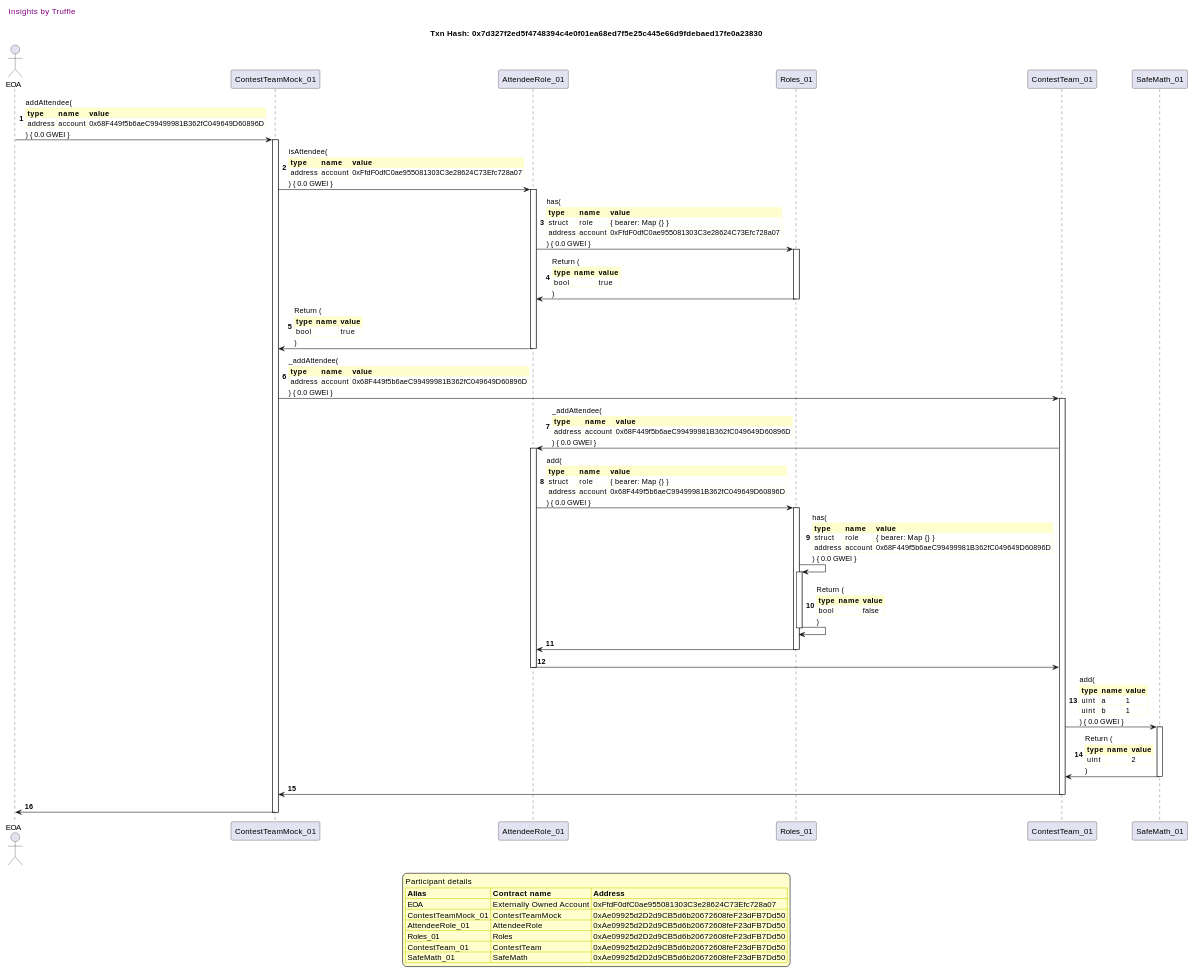
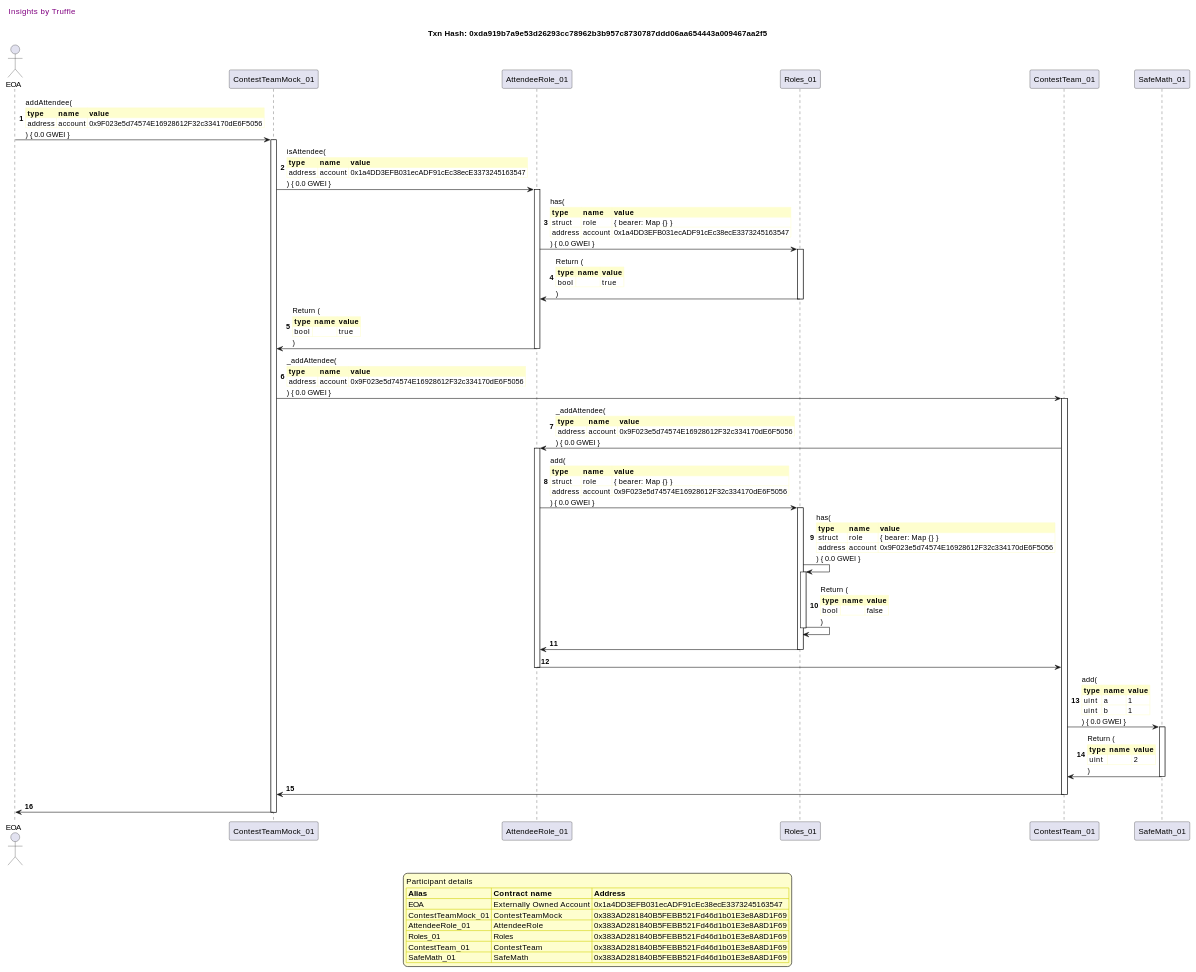
Before and after one commit to fodisi/hackapay: diagram 12 of 50 in truffle-seq/core_contestteam.md, drawn with PlantUML. The commit also changed other lines of this file and 10 other files, not shown here.

```diff
--- a/truffle-seq/core_contestteam.md
+++ b/truffle-seq/core_contestteam.md
@@ -1032,7 +1027,7 @@
 
 header Insights by Truffle
 
-title Txn Hash: 0x7d327f2ed5f4748394c4e0f01ea68ed7f5e25c445e66d9fdebaed17fe0a23830
+title Txn Hash: 0xda919b7a9e53d26293cc78962b3b957c8730787ddd06aa654443a009467aa2f5
 
 
 actor EOA as "EOA"
@@ -1044,16 +1039,16 @@
 
 "EOA" -> "ContestTeamMock_01" ++: addAttendee(\n\
 <#FEFECE,#FEFECE>|= type |= name |= value |\n\
-| address | account | 0x68F449f5b6aeC99499981B362fC049649D60896D |\n\
+| address | account | 0x9F023e5d74574E16928612F32c334170dE6F5056 |\n\
 ) { 0.0 GWEI }
 "ContestTeamMock_01" -> "AttendeeRole_01" ++: isAttendee(\n\
 <#FEFECE,#FEFECE>|= type |= name |= value |\n\
-| address | account | 0xFfdF0dfC0ae955081303C3e28624C73Efc728a07 |\n\
+| address | account | 0x1a4DD3EFB031ecADF91cEc38ecE3373245163547 |\n\
 ) { 0.0 GWEI }
 "AttendeeRole_01" -> "Roles_01" ++: has(\n\
 <#FEFECE,#FEFECE>|= type |= name |= value |\n\
 | struct | role | { bearer: Map {} } |\n\
-| address | account | 0xFfdF0dfC0ae955081303C3e28624C73Efc728a07 |\n\
+| address | account | 0x1a4DD3EFB031ecADF91cEc38ecE3373245163547 |\n\
 ) { 0.0 GWEI }
 "Roles_01" -> "AttendeeRole_01" --: Return (\n\
 <#FEFECE,#FEFECE>|= type |= name |= value |\n\
@@ -1065,21 +1060,21 @@
 )
 "ContestTeamMock_01" -> "ContestTeam_01" ++: _addAttendee(\n\
 <#FEFECE,#FEFECE>|= type |= name |= value |\n\
-| address | account | 0x68F449f5b6aeC99499981B362fC049649D60896D |\n\
+| address | account | 0x9F023e5d74574E16928612F32c334170dE6F5056 |\n\
 ) { 0.0 GWEI }
 "ContestTeam_01" -> "AttendeeRole_01" ++: _addAttendee(\n\
 <#FEFECE,#FEFECE>|= type |= name |= value |\n\
-| address | account | 0x68F449f5b6aeC99499981B362fC049649D60896D |\n\
+| address | account | 0x9F023e5d74574E16928612F32c334170dE6F5056 |\n\
 ) { 0.0 GWEI }
 "AttendeeRole_01" -> "Roles_01" ++: add(\n\
 <#FEFECE,#FEFECE>|= type |= name |= value |\n\
 | struct | role | { bearer: Map {} } |\n\
-| address | account | 0x68F449f5b6aeC99499981B362fC049649D60896D |\n\
+| address | account | 0x9F023e5d74574E16928612F32c334170dE6F5056 |\n\
 ) { 0.0 GWEI }
 "Roles_01" -> "Roles_01" ++: has(\n\
 <#FEFECE,#FEFECE>|= type |= name |= value |\n\
 | struct | role | { bearer: Map {} } |\n\
-| address | account | 0x68F449f5b6aeC99499981B362fC049649D60896D |\n\
+| address | account | 0x9F023e5d74574E16928612F32c334170dE6F5056 |\n\
 ) { 0.0 GWEI }
 "Roles_01" -> "Roles_01" --: Return (\n\
 <#FEFECE,#FEFECE>|= type |= name |= value |\n\
@@ -1102,12 +1097,12 @@
 legend
 Participant details
 <#FEFECE,#D0D000>|= Alias |= Contract name |= Address |
-<#FEFECE>| EOA | Externally Owned Account | 0xFfdF0dfC0ae955081303C3e28624C73Efc728a07 |
-<#FEFECE>| ContestTeamMock_01 | ContestTeamMock | 0xAe09925d2D2d9CB5d6b20672608feF23dFB7Dd50 |
-<#FEFECE>| AttendeeRole_01 | AttendeeRole | 0xAe09925d2D2d9CB5d6b20672608feF23dFB7Dd50 |
-<#FEFECE>| Roles_01 | Roles | 0xAe09925d2D2d9CB5d6b20672608feF23dFB7Dd50 |
-<#FEFECE>| ContestTeam_01 | ContestTeam | 0xAe09925d2D2d9CB5d6b20672608feF23dFB7Dd50 |
-<#FEFECE>| SafeMath_01 | SafeMath | 0xAe09925d2D2d9CB5d6b20672608feF23dFB7Dd50 |
+<#FEFECE>| EOA | Externally Owned Account | 0x1a4DD3EFB031ecADF91cEc38ecE3373245163547 |
+<#FEFECE>| ContestTeamMock_01 | ContestTeamMock | 0x383AD281840B5FEBB521Fd46d1b01E3e8A8D1F69 |
+<#FEFECE>| AttendeeRole_01 | AttendeeRole | 0x383AD281840B5FEBB521Fd46d1b01E3e8A8D1F69 |
+<#FEFECE>| Roles_01 | Roles | 0x383AD281840B5FEBB521Fd46d1b01E3e8A8D1F69 |
+<#FEFECE>| ContestTeam_01 | ContestTeam | 0x383AD281840B5FEBB521Fd46d1b01E3e8A8D1F69 |
+<#FEFECE>| SafeMath_01 | SafeMath | 0x383AD281840B5FEBB521Fd46d1b01E3e8A8D1F69 |
 endlegend
 
 @enduml
```
